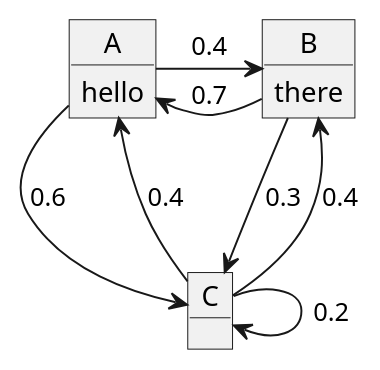
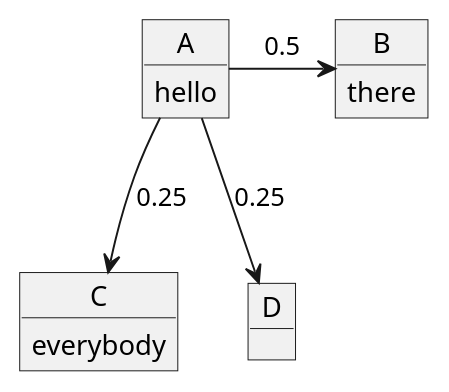
Before and after one commit to jezhiggins/a-very-small-language-model: the sixth of 7 diagrams in src/docs/asciidoc/index.adoc, drawn with PlantUML. The commit also changed other lines of this file and 5 other files, not shown here.

```diff
--- a/src/docs/asciidoc/index.adoc
+++ b/src/docs/asciidoc/index.adoc
@@ -329,15 +371,13 @@
-[plantuml, state-diagram-4, svg, width=600]
+[plantuml, state-diagram-5, svg, width=600]
 ----
 object A
 A : hello
 object B
 B : there
 object C
-A -r-> B : 0.4
-A --> C : 0.6
-B --> A : 0.7
-B --> C : 0.3
-C --> A : 0.4
-C --> B : 0.4
-C --> C : 0.2
+C : everybody
+object D
+A -r-> B : 0.5
+A --> C : 0.25
+A --> D : 0.25
 ----
```
